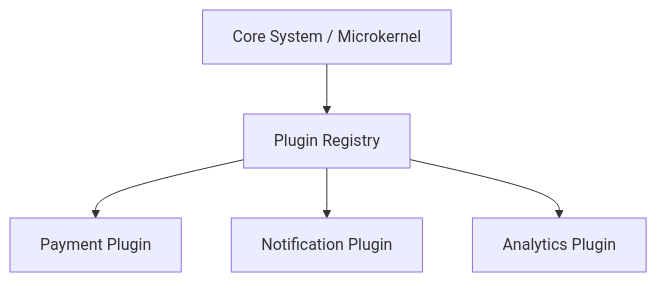
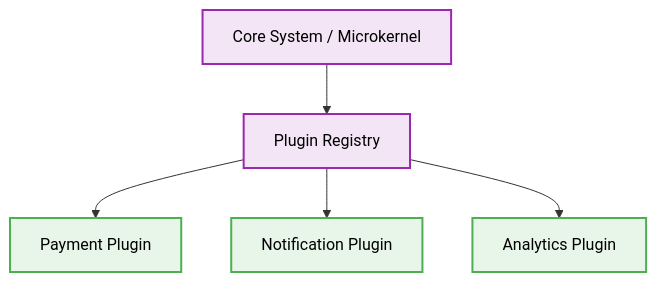
One commit to beginwebdev2002/best-practise changed diagram 16 of 16 in architectures/readme.md. Above: the diagram before and after it, drawn with Mermaid. The commit also changed other lines of this file and 4 other files, not shown here.

Commit message:
docs(arch): autonomous evolution of architecture blueprints

````diff
--- a/architectures/readme.md
+++ b/architectures/readme.md
@@ -703,7 +703,18 @@
 ```mermaid
 graph TD
     Core[Core System / Microkernel] --> Registry[Plugin Registry]
     Registry --> PluginA[Payment Plugin]
     Registry --> PluginB[Notification Plugin]
     Registry --> PluginC[Analytics Plugin]
+    %% Added Design Token Styles for Mermaid Diagrams
+    classDef default fill:#e1f5fe,stroke:#03a9f4,stroke-width:2px,color:#000;
+    classDef component fill:#e8f5e9,stroke:#4caf50,stroke-width:2px,color:#000;
+    classDef layout fill:#f3e5f5,stroke:#9c27b0,stroke-width:2px,color:#000;
+
+    class Core layout;
+    class Registry layout;
+    class PluginA component;
+    class PluginB component;
+    class PluginC component;
+
 ```
````
